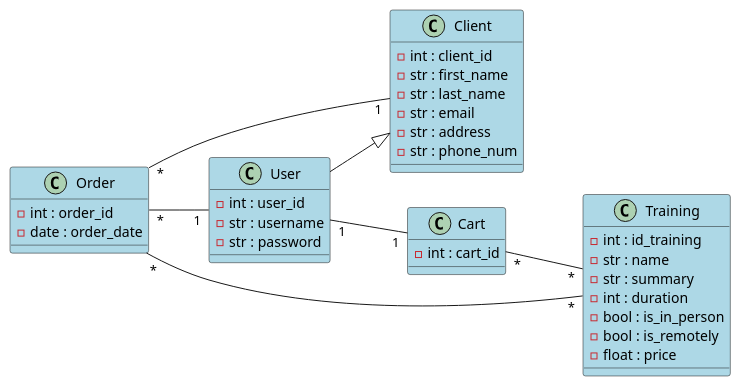
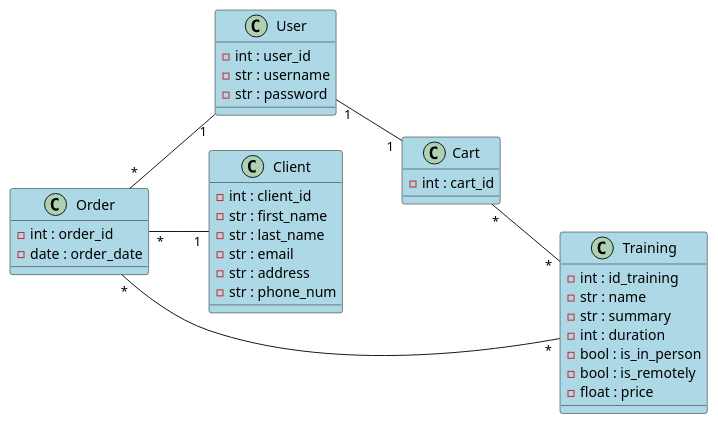
Before and after one commit to rdpt03/FMS-JAVA-Eval-FormationsManager: the diagram in docs/class.puml, drawn with PlantUML. The commit also changed 1 other file, not shown here.

Commit message:
fix all usecases case to case remove user to client heritage

```diff
--- a/docs/class.puml
+++ b/docs/class.puml
@@ -1,51 +1,50 @@
 @startuml
 'https://plantuml.com/class-diagram
 left to right direction
 
 
 
 class Order #LightBlue{
     -int : order_id
     -date : order_date
 }
 
 class User #LightBlue{
     -int : user_id
     -str : username
     -str : password
 }
 
 class Client #LightBlue{
     -int : client_id
     -str : first_name
     -str : last_name
     -str : email
     -str : address
     -str : phone_num
 }
 
 class Training #LightBlue{
     -int : id_training
     -str : name
     -str : summary
     -int : duration
     -bool : is_in_person
     -bool : is_remotely
     -float : price
 }
 
 class Cart #LightBlue{
     -int : cart_id
 }
 
 User "1" -- "1" Cart
 Cart "*" -- "*" Training
 
-User --|> Client
 
 
 Order "*"--"1" User
 Order "*"--"1" Client
 Order "*"--"*" Training
 
 @enduml
```
